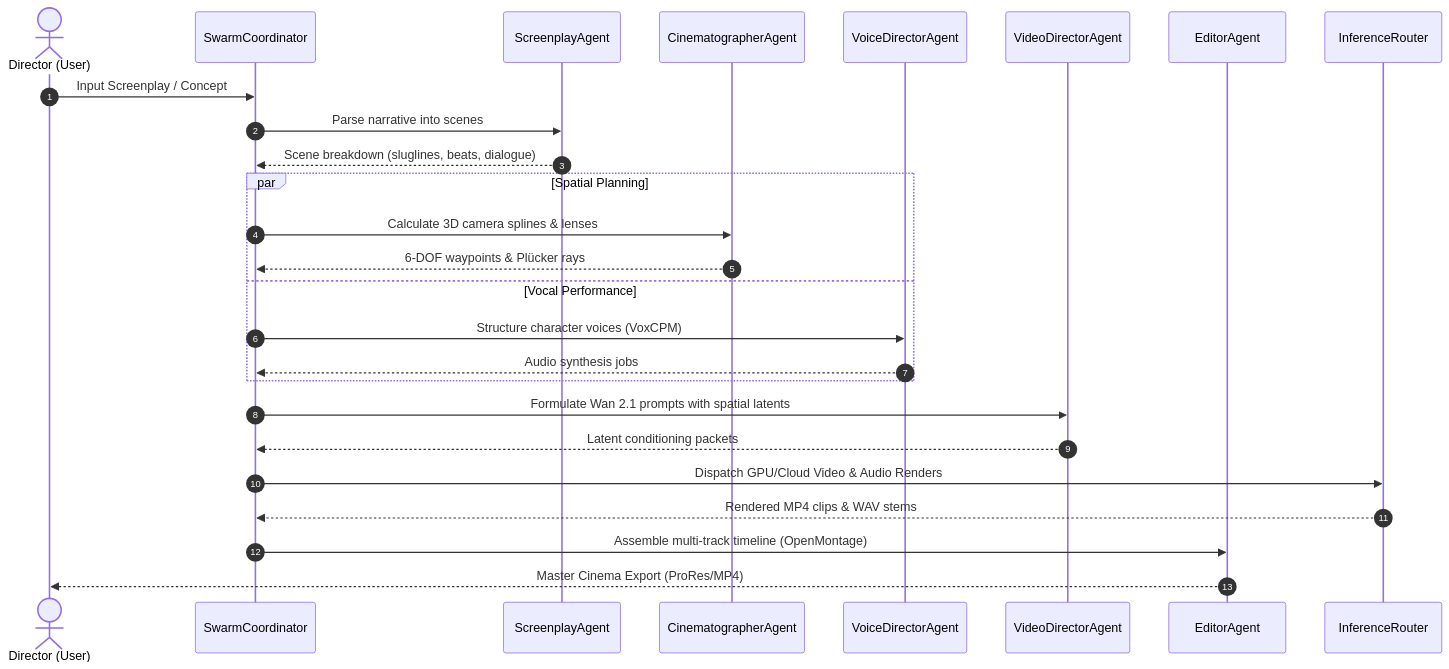
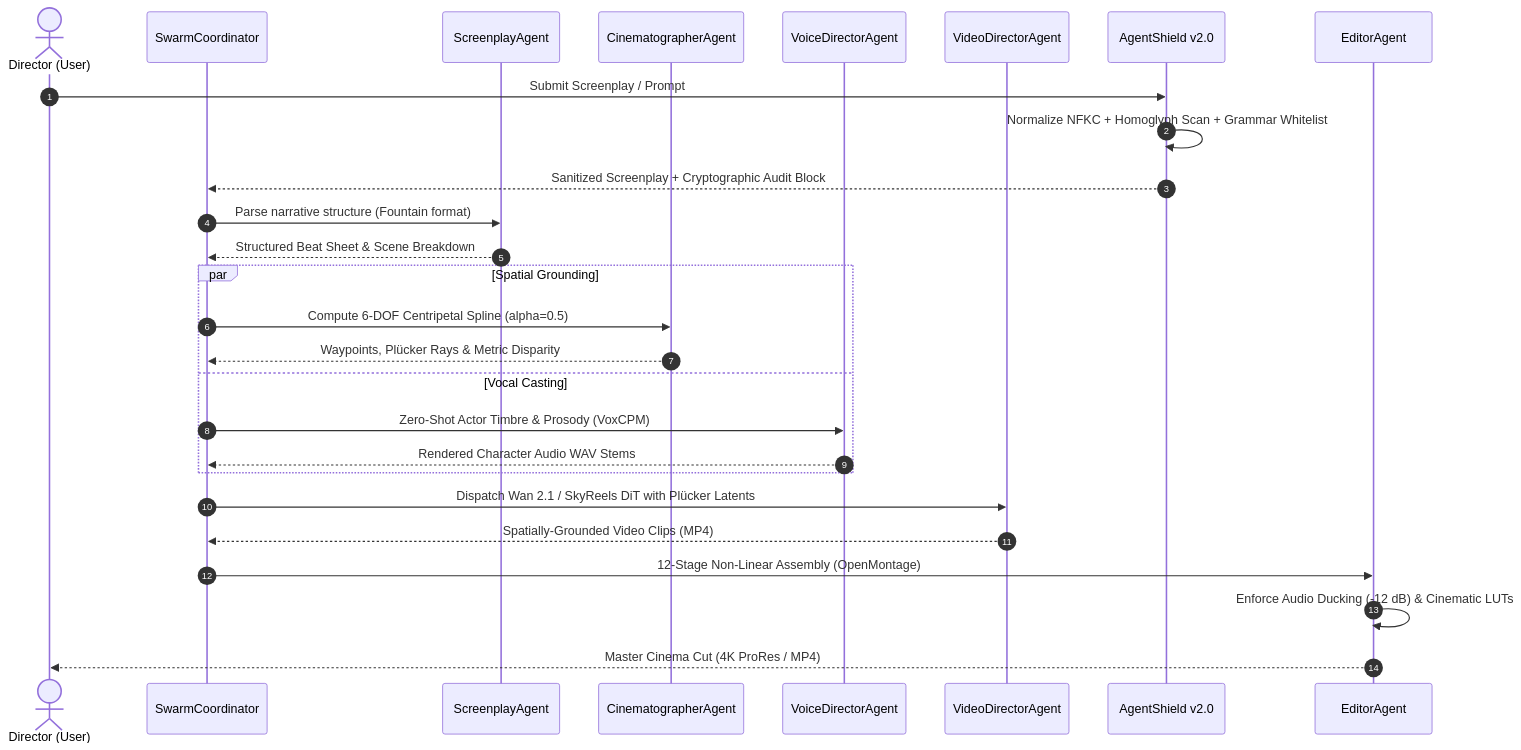
Before and after one commit to dev4-gpt/delightful-hawk: the second of 2 diagrams in WHITE_PAPER_AETHERIS_WORLD_ENGINE.md, drawn with Mermaid. The commit also changed other lines of this file and 5 other files, not shown here.

````diff
--- a/WHITE_PAPER_AETHERIS_WORLD_ENGINE.md
+++ b/WHITE_PAPER_AETHERIS_WORLD_ENGINE.md
@@ -94,33 +155,34 @@
 ```mermaid
 sequenceDiagram
     autonumber
     actor User as Director (User)
     participant Swarm as SwarmCoordinator
     participant Screen as ScreenplayAgent
     participant DP as CinematographerAgent
     participant Voice as VoiceDirectorAgent
     participant Video as VideoDirectorAgent
+    participant Shield as AgentShield v2.0
     participant Edit as EditorAgent
-    participant Inf as InferenceRouter
 
-    User->>Swarm: Input Screenplay / Concept
-    Swarm->>Screen: Parse narrative into scenes
-    Screen-->>Swarm: Scene breakdown (sluglines, beats, dialogue)
+    User->>Shield: Submit Screenplay / Prompt
+    Shield->>Shield: Normalize NFKC + Homoglyph Scan + Grammar Whitelist
+    Shield-->>Swarm: Sanitized Screenplay + Cryptographic Audit Block
     
-    par Spatial Planning
-        Swarm->>DP: Calculate 3D camera splines & lenses
-        DP-->>Swarm: 6-DOF waypoints & Plücker rays
-    and Vocal Performance
-        Swarm->>Voice: Structure character voices (VoxCPM)
-        Voice-->>Swarm: Audio synthesis jobs
+    Swarm->>Screen: Parse narrative structure (Fountain format)
+    Screen-->>Swarm: Structured Beat Sheet & Scene Breakdown
+    
+    par Spatial Grounding
+        Swarm->>DP: Compute 6-DOF Centripetal Spline (alpha=0.5)
+        DP-->>Swarm: Waypoints, Plücker Rays & Metric Disparity
+    and Vocal Casting
+        Swarm->>Voice: Zero-Shot Actor Timbre & Prosody (VoxCPM)
+        Voice-->>Swarm: Rendered Character Audio WAV Stems
     end
-
-    Swarm->>Video: Formulate Wan 2.1 prompts with spatial latents
-    Video-->>Swarm: Latent conditioning packets
     
-    Swarm->>Inf: Dispatch GPU/Cloud Video & Audio Renders
-    Inf-->>Swarm: Rendered MP4 clips & WAV stems
+    Swarm->>Video: Dispatch Wan 2.1 / SkyReels DiT with Plücker Latents
+    Video-->>Swarm: Spatially-Grounded Video Clips (MP4)
     
-    Swarm->>Edit: Assemble multi-track timeline (OpenMontage)
-    Edit-->>User: Master Cinema Export (ProRes/MP4)
+    Swarm->>Edit: 12-Stage Non-Linear Assembly (OpenMontage)
+    Edit->>Edit: Enforce Audio Ducking (-12 dB) & Cinematic LUTs
+    Edit-->>User: Master Cinema Cut (4K ProRes / MP4)
 ```
````
